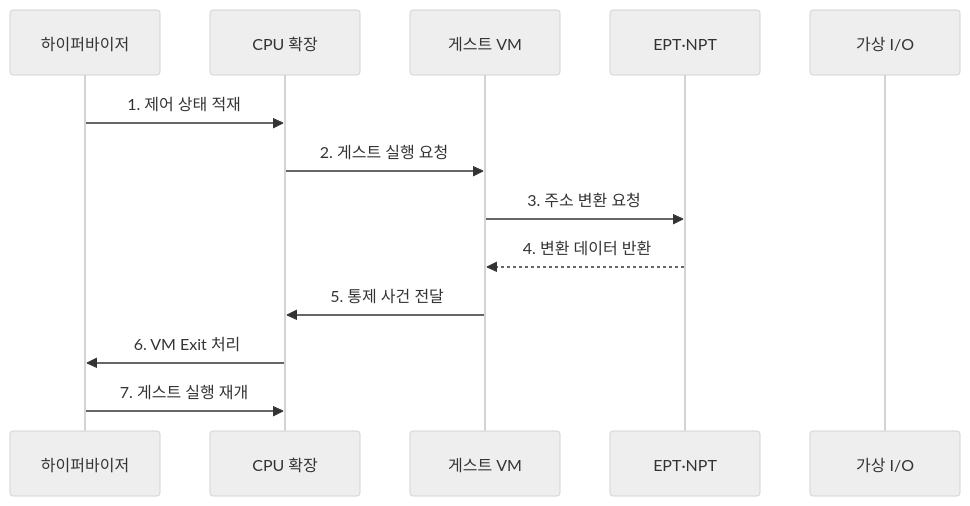
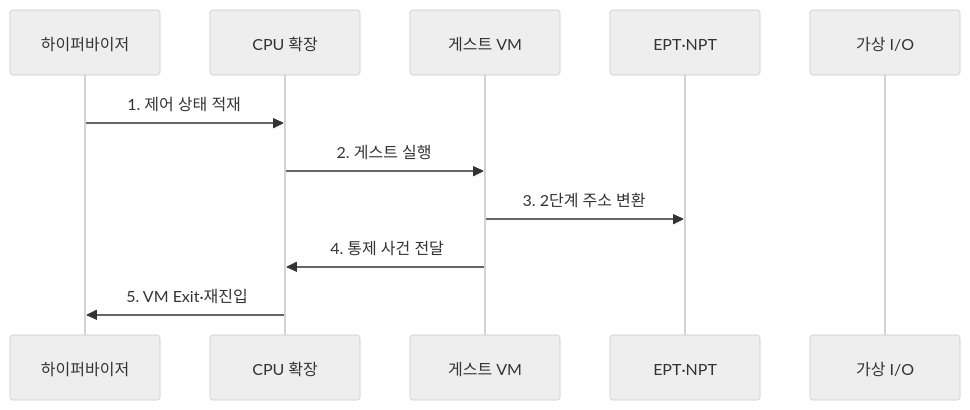
One commit to agnusdei1207/knowledge-base changed the second of 2 diagrams in src/content/docs/notes/02-hardware/085_hardware_virtualization.md. Above: the diagram before and after it, drawn with Mermaid (neutral theme). The commit also changed other lines of this file and 86 other files, not shown here.

````diff
--- a/src/content/docs/notes/02-hardware/085_hardware_virtualization.md
+++ b/src/content/docs/notes/02-hardware/085_hardware_virtualization.md
@@ -98,15 +101,13 @@
 ```mermaid
 sequenceDiagram
     participant H as 하이퍼바이저
     participant C as CPU 확장
     participant G as 게스트 VM
     participant M as EPT·NPT
     participant I as 가상 I/O
     H->>C: 1. 제어 상태 적재
-    C->>G: 2. 게스트 실행 요청
-    G->>M: 3. 주소 변환 요청
-    M-->>G: 4. 변환 데이터 반환
-    G->>C: 5. 통제 사건 전달
-    C->>H: 6. VM Exit 처리
-    H->>C: 7. 게스트 실행 재개
+    C->>G: 2. 게스트 실행
+    G->>M: 3. 2단계 주소 변환
+    G->>C: 4. 통제 사건 전달
+    C->>H: 5. VM Exit·재진입
 ```
````
